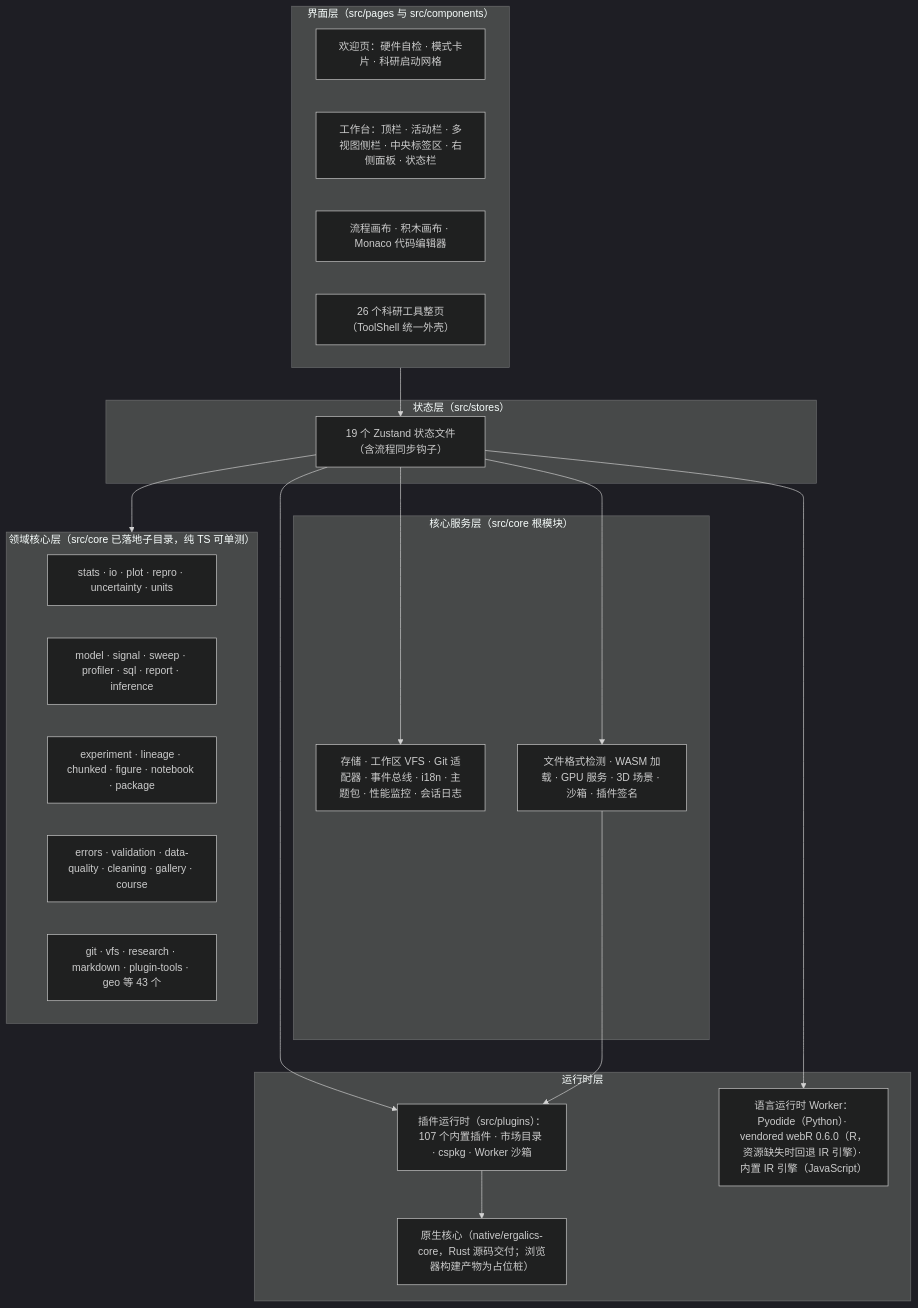
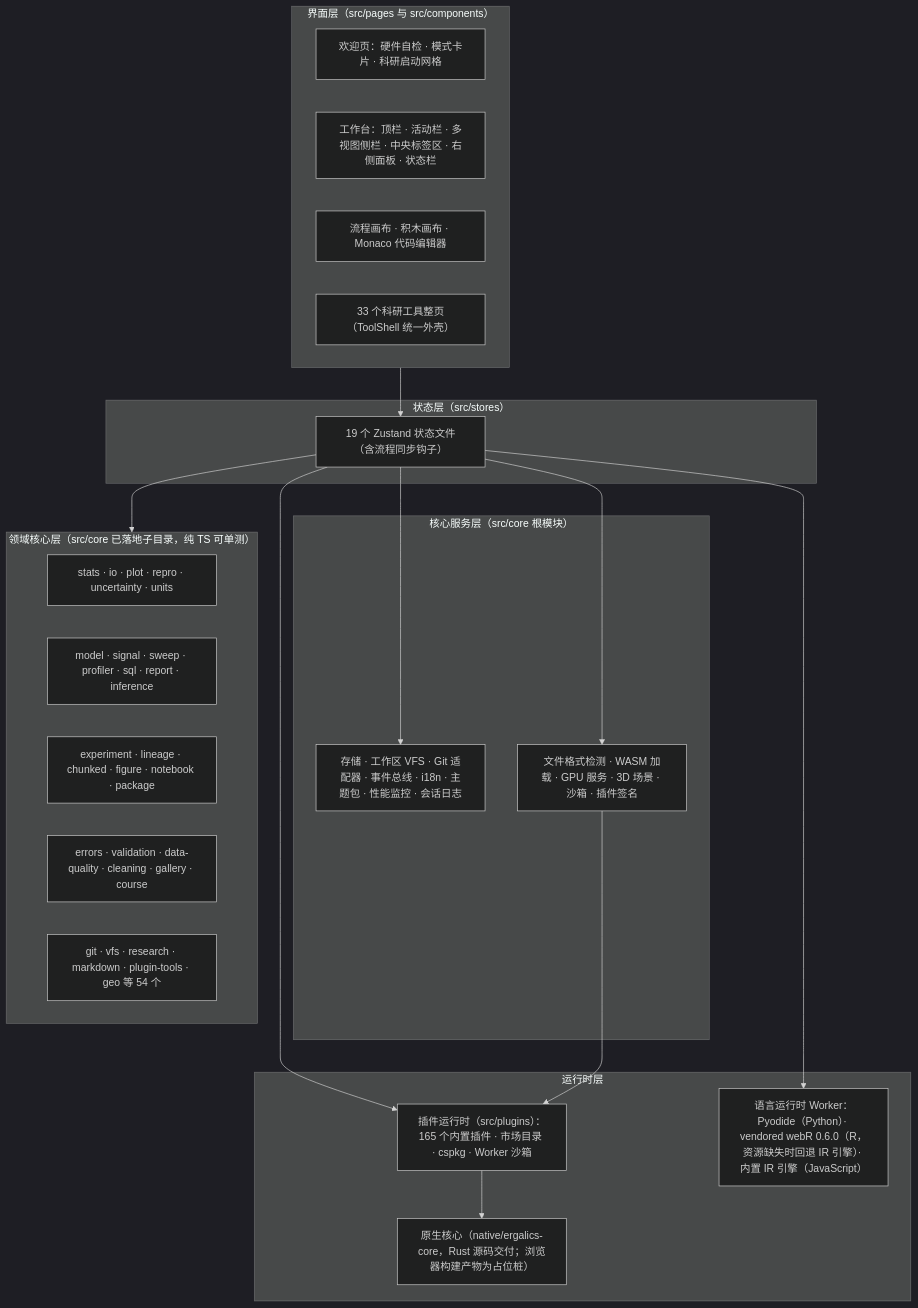
Before and after one commit to SnowLeopard-io/ErgalicsStudio: the first of 3 diagrams in docs/technical/02-系统架构.md, drawn with Mermaid (dark theme). The commit also changed other lines of this file and 44 other files, not shown here.

````diff
--- a/docs/technical/02-系统架构.md
+++ b/docs/technical/02-系统架构.md
@@ -9,36 +9,36 @@
 ```mermaid
 flowchart TB
     subgraph L1["界面层（src/pages 与 src/components）"]
         A1["欢迎页：硬件自检 · 模式卡片 · 科研启动网格"]
         A2["工作台：顶栏 · 活动栏 · 多视图侧栏 · 中央标签区 · 右侧面板 · 状态栏"]
         A3["流程画布 · 积木画布 · Monaco 代码编辑器"]
-        A4["26 个科研工具整页（ToolShell 统一外壳）"]
+        A4["33 个科研工具整页（ToolShell 统一外壳）"]
     end
     subgraph L2["状态层（src/stores）"]
         B1["19 个 Zustand 状态文件（含流程同步钩子）"]
     end
     subgraph L3["核心服务层（src/core 根模块）"]
         C1["存储 · 工作区 VFS · Git 适配器 · 事件总线 · i18n · 主题包 · 性能监控 · 会话日志"]
         C2["文件格式检测 · WASM 加载 · GPU 服务 · 3D 场景 · 沙箱 · 插件签名"]
     end
     subgraph L35["领域核心层（src/core 已落地子目录，纯 TS 可单测）"]
         E1["stats · io · plot · repro · uncertainty · units"]
         E2["model · signal · sweep · profiler · sql · report · inference"]
         E3["experiment · lineage · chunked · figure · notebook · package"]
         E4["errors · validation · data-quality · cleaning · gallery · course"]
-        E5["git · vfs · research · markdown · plugin-tools · geo 等 43 个"]
+        E5["git · vfs · research · markdown · plugin-tools · geo 等 54 个"]
     end
     subgraph L4["运行时层"]
-        D1["插件运行时（src/plugins）：107 个内置插件 · 市场目录 · cspkg · Worker 沙箱"]
+        D1["插件运行时（src/plugins）：165 个内置插件 · 市场目录 · cspkg · Worker 沙箱"]
         D2["原生核心（native/ergalics-core，Rust 源码交付；浏览器构建产物为占位桩）"]
         D3["语言运行时 Worker：Pyodide（Python）· vendored webR 0.6.0（R，资源缺失时回退 IR 引擎）· 内置 IR 引擎（JavaScript）"]
     end
     L1 --> B1
     B1 --> C1
     B1 --> C2
     B1 --> L35
     B1 --> D1
     C2 --> D1
     D1 --> D2
     B1 --> D3
 ```
````
